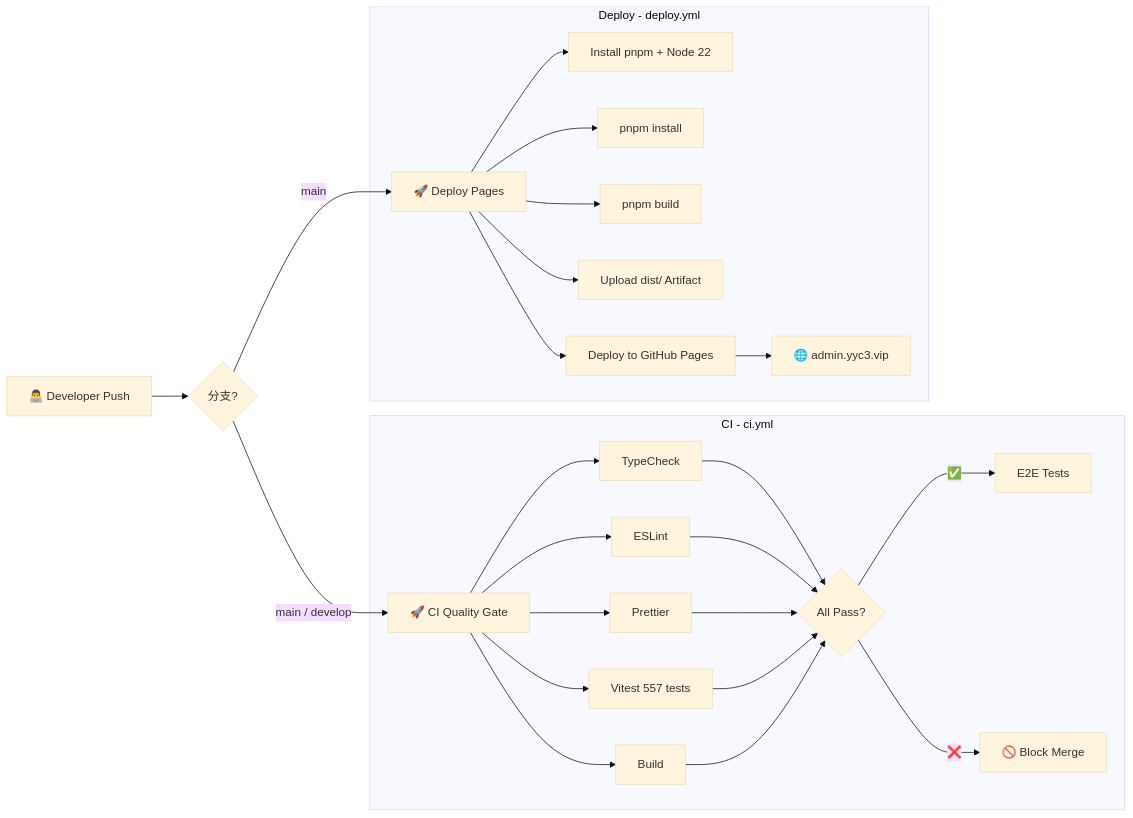
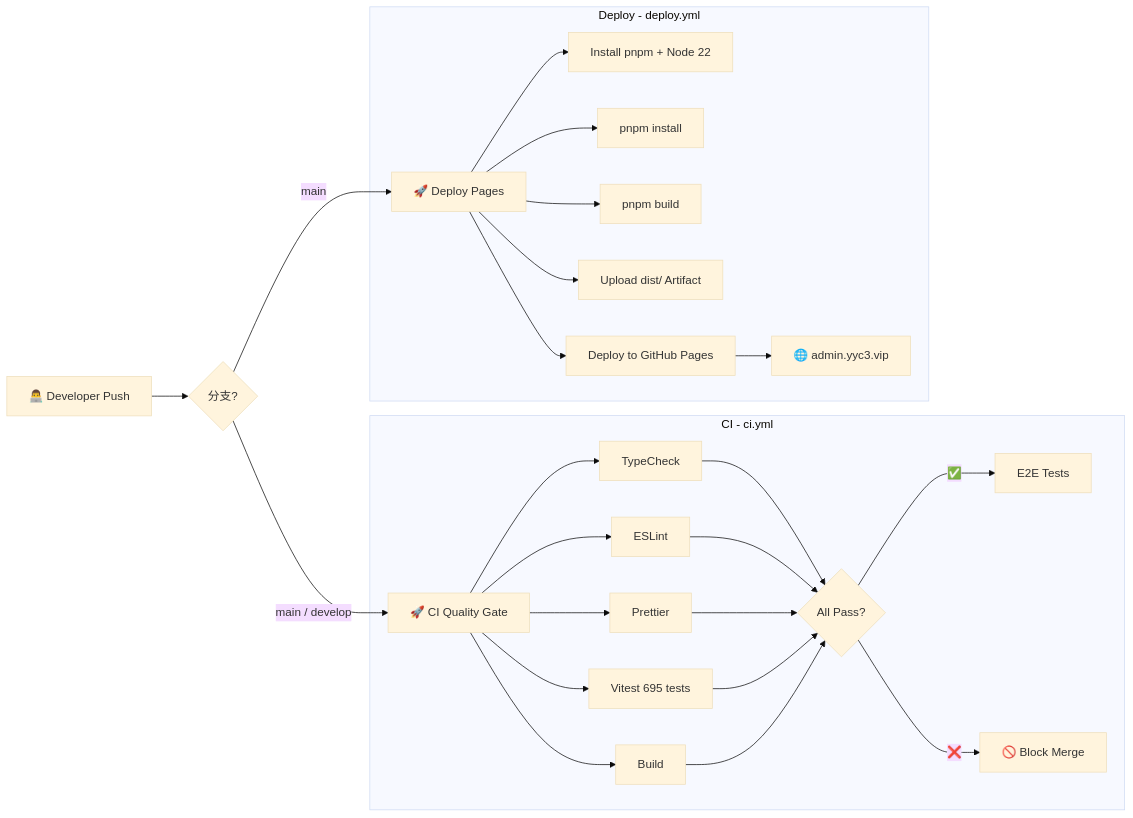
Before and after one commit to YYC-Cube/YYC3-Administration: the second of 4 diagrams in README.md, drawn with Mermaid (base theme). The commit also changed other lines of this file and 38 other files, not shown here.

````diff
--- a/README.md
+++ b/README.md
@@ -216,26 +232,26 @@
 ```mermaid
 flowchart LR
   A[👨‍💻 Developer Push] --> B{分支?}
   B -->|main / develop| C[🚀 CI Quality Gate]
   B -->|main| D[🚀 Deploy Pages]
 
   subgraph CI[CI - ci.yml]
     C --> Q1[TypeCheck]
     C --> Q2[ESLint]
     C --> Q3[Prettier]
-    C --> Q4[Vitest 557 tests]
+    C --> Q4[Vitest 695 tests]
     C --> Q5[Build]
     Q1 & Q2 & Q3 & Q4 & Q5 --> F{All Pass?}
     F -->|✅| E2E[E2E Tests]
     F -->|❌| G[🚫 Block Merge]
   end
 
   subgraph Deploy[Deploy - deploy.yml]
     D --> D1[Install pnpm + Node 22]
     D --> D2[pnpm install]
     D --> D3[pnpm build]
     D --> D4[Upload dist/ Artifact]
     D --> D5[Deploy to GitHub Pages]
     D5 --> H[🌐 admin.yyc3.vip]
   end
 ```
````
